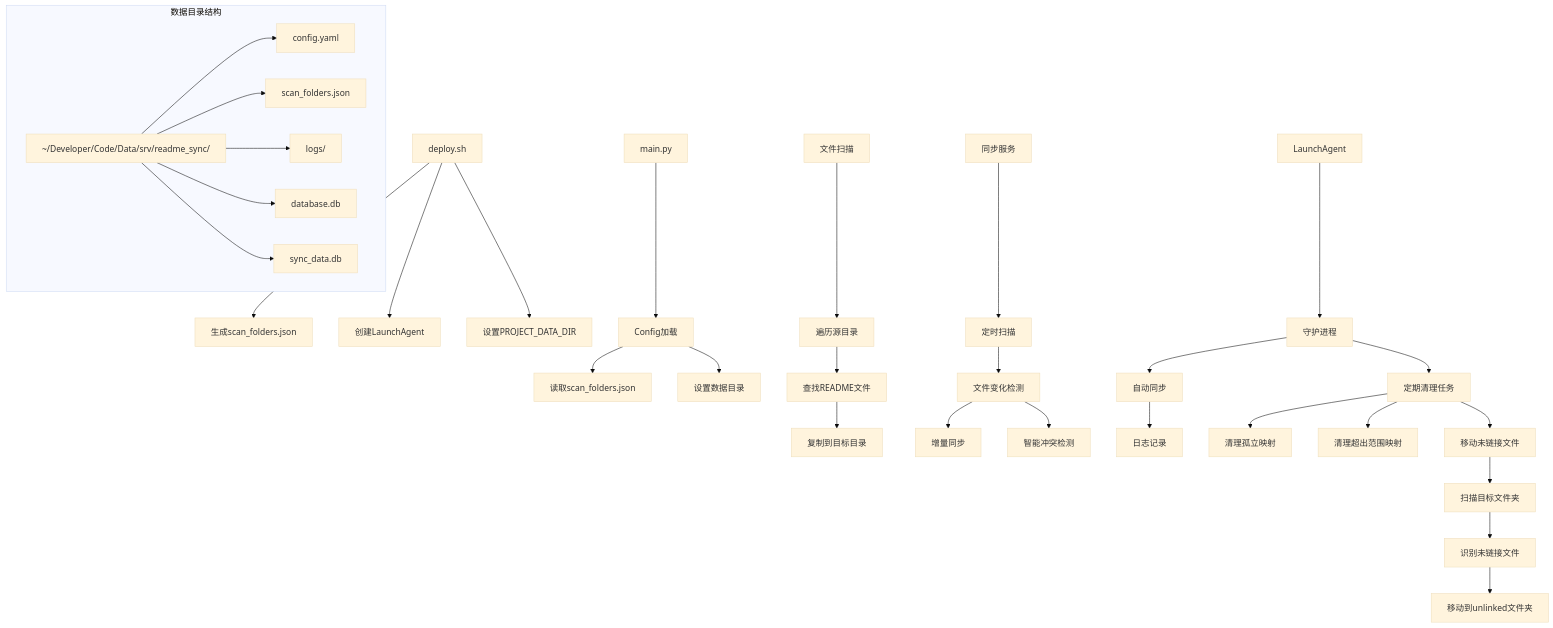
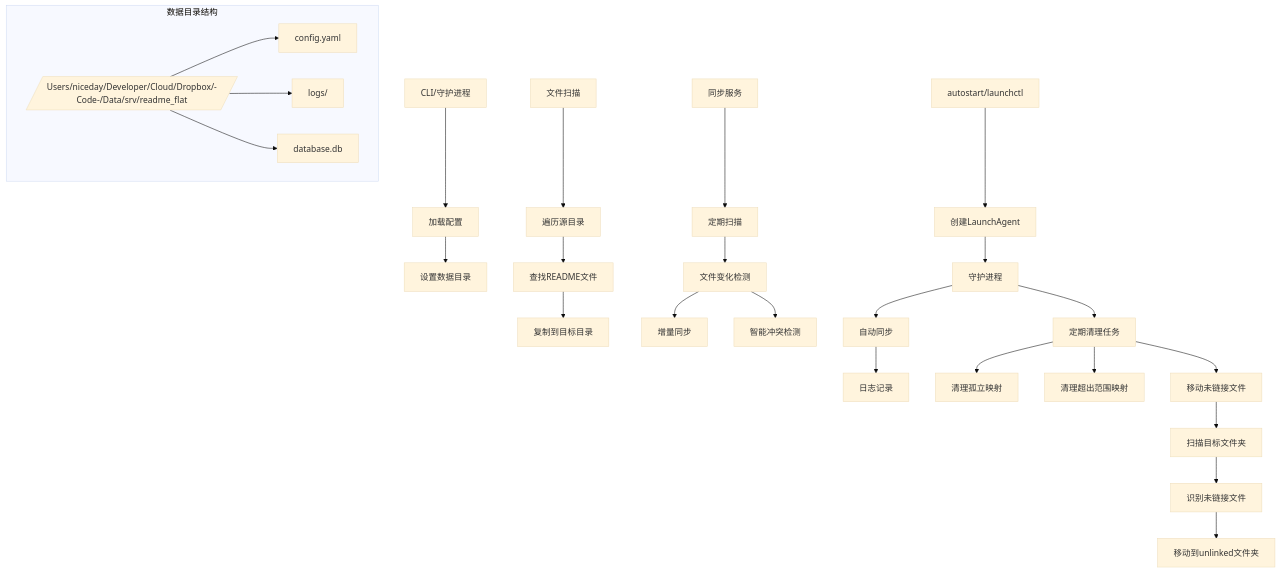
One commit to APE-147/readme-flat changed the first of 3 diagrams in README.md. Above: the diagram before and after it, drawn with Mermaid (base theme). The commit also changed other lines of this file and 20 other files, not shown here.

````diff
--- a/README.md
+++ b/README.md
@@ -22,40 +22,35 @@
 ```mermaid
 graph TD
-    A[deploy.sh] --> B[生成scan_folders.json]
-    A --> C[创建LaunchAgent]
-    A --> D[设置PROJECT_DATA_DIR]
+    A[autostart/launchctl] --> C[创建LaunchAgent]
     
-    E[main.py] --> F[Config加载]
-    F --> G[读取scan_folders.json]
+    E[CLI/守护进程] --> F[加载配置]
     F --> H[设置数据目录]
     
     I[文件扫描] --> J[遍历源目录]
     J --> K[查找README文件]
     K --> L[复制到目标目录]
     
-    M[同步服务] --> N[定时扫描]
+    M[同步服务] --> N[定期扫描]
     N --> O[文件变化检测]
     O --> P[增量同步]
     O --> Q1[智能冲突检测]
     
-    Q[LaunchAgent] --> R[守护进程]
+    C --> R[守护进程]
     R --> S[自动同步]
     S --> T[日志记录]
     R --> TC[定期清理任务]
     TC --> TD[清理孤立映射]
     TC --> TE[清理超出范围映射]
     TC --> TF[移动未链接文件]
     
     TF --> TG[扫描目标文件夹]
     TG --> TH[识别未链接文件]
     TH --> TI[移动到unlinked文件夹]
     
     subgraph "数据目录结构"
-        U[~/Developer/Code/Data/srv/readme_sync/]
+        U[/Users/niceday/Developer/Cloud/Dropbox/-Code-/Data/srv/readme_flat/]
         U --> V[config.yaml]
-        U --> W[scan_folders.json]
         U --> X[logs/]
         U --> Y[database.db]
-        U --> Z[sync_data.db]
     end
 ```
````
